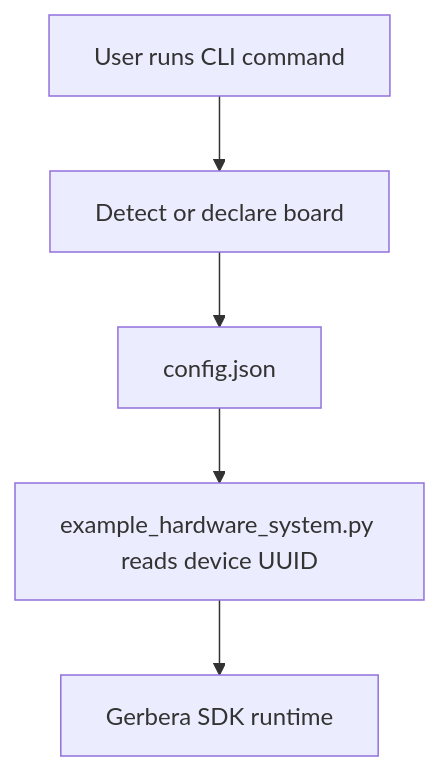
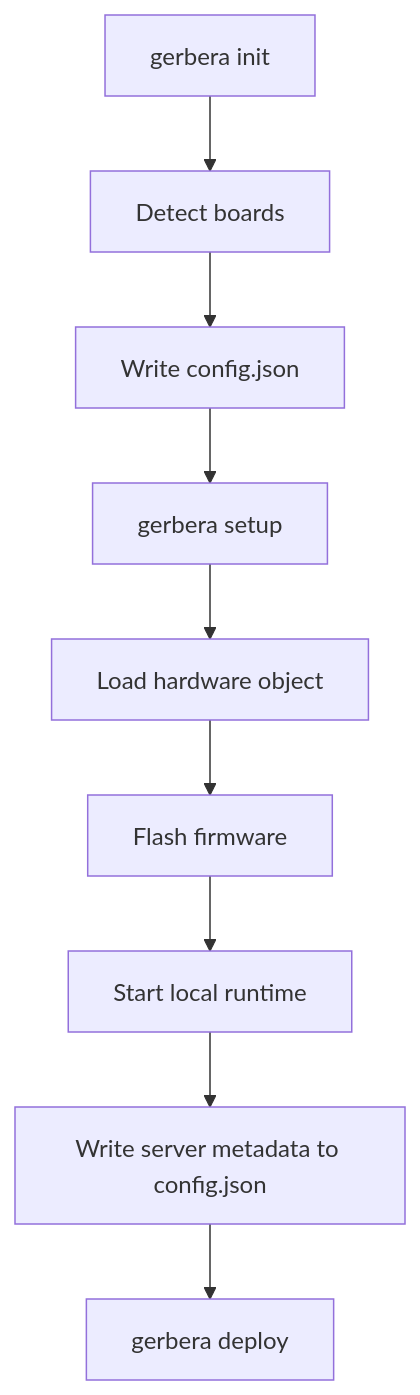
One commit to BaronLiu1993/gerbera changed the diagram in src/gerbera_cli/README.md. Above: the diagram before and after it, drawn with Mermaid. The commit also changed other lines of this file, not shown here.

Commit message:
updated cli read me

````diff
--- a/src/gerbera_cli/README.md
+++ b/src/gerbera_cli/README.md
@@ -32,7 +34,11 @@
 ```mermaid
 flowchart TD
-    A[User runs CLI command] --> B[Detect or declare board]
-    B --> C[config.json]
-    C --> D[example_hardware_system.py reads device UUID]
-    D --> E[Gerbera SDK runtime]
+    A[gerbera init] --> B[Detect boards]
+    B --> C[Write config.json]
+    C --> D[gerbera setup]
+    D --> E[Load hardware object]
+    E --> F[Flash firmware]
+    F --> G[Start local runtime]
+    G --> H[Write server metadata to config.json]
+    H --> I[gerbera deploy]
 ```
````
